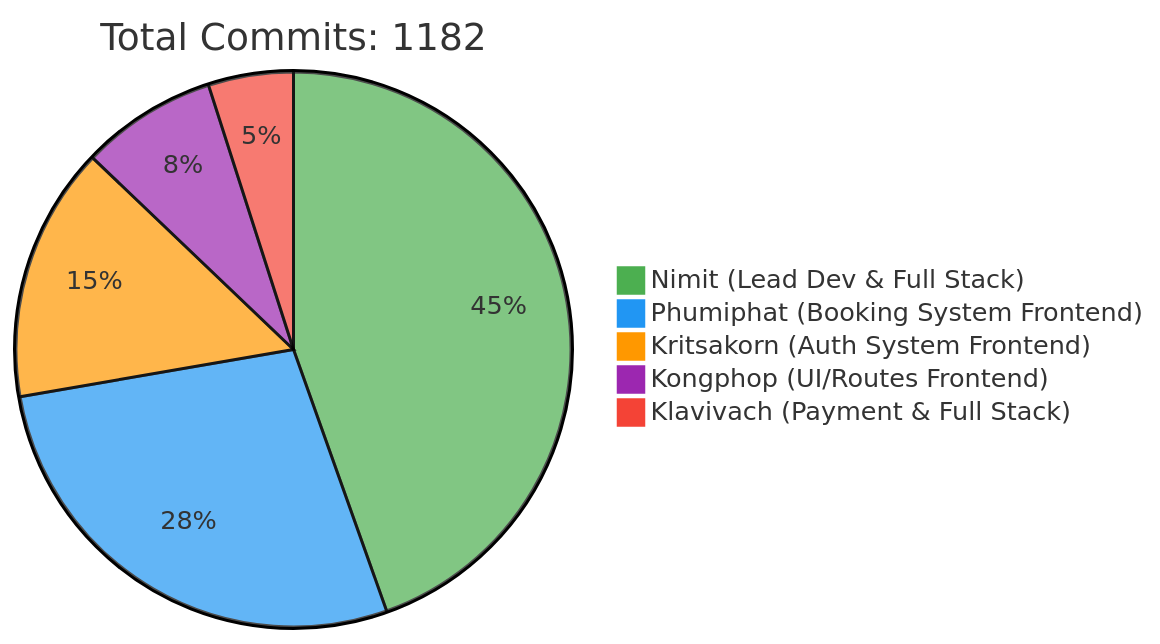
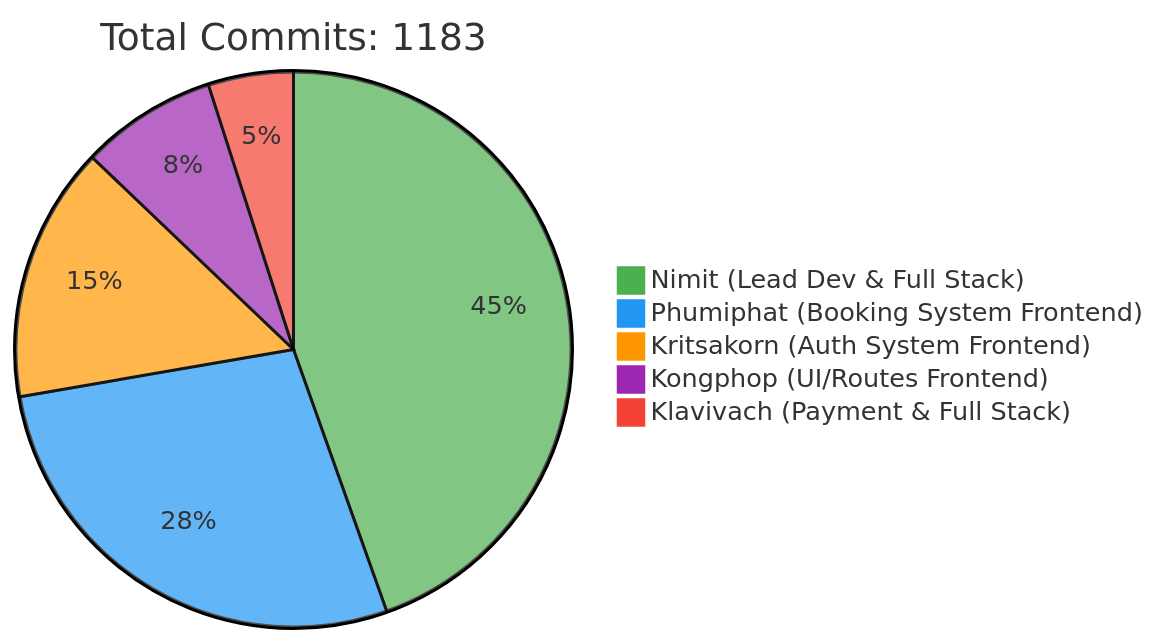
One commit to 6531503042/Sport-Complex changed the first of 2 diagrams in README.md. Above: the diagram before and after it, drawn with Mermaid. The commit also changed other lines of this file, not shown here.

Commit message:
docs: Update contributor statistics [skip ci]

````diff
--- a/README.md
+++ b/README.md
@@ -257,10 +257,10 @@
 ```mermaid
 %%{init: {'theme': 'base', 'themeVariables': { 'pie1': '#4CAF50', 'pie2': '#2196F3', 'pie3': '#FF9800', 'pie4': '#9C27B0', 'pie5': '#F44336'}}}%%
 pie
-    title Total Commits: 1182
+    title Total Commits: 1183
     "Nimit (Lead Dev & Full Stack)" : 450
     "Phumiphat (Booking System Frontend)" : 280
     "Kritsakorn (Auth System Frontend)" : 150
     "Kongphop (UI/Routes Frontend)" : 80
     "Klavivach (Payment & Full Stack)" : 50
 ```
````
